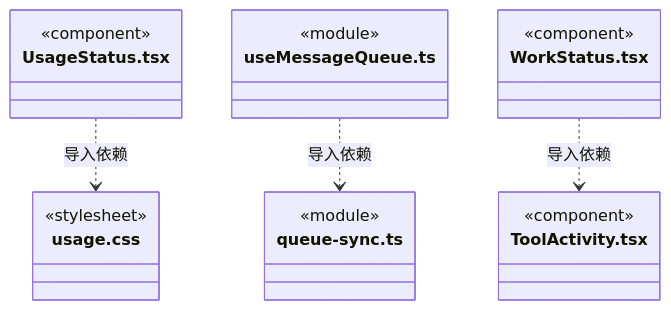
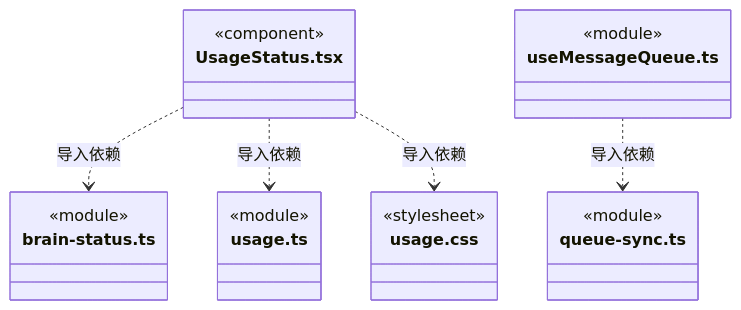
Before and after one commit to nan023062/cbim: diagram 51 of 54 in src/frontend/conversation/ARCHITECTURE.md, drawn with Mermaid. The commit also changed other lines of this file and 23 other files, not shown here.

````diff
--- a/src/frontend/conversation/ARCHITECTURE.md
+++ b/src/frontend/conversation/ARCHITECTURE.md
@@ -761,24 +808,25 @@
 ```mermaid
 classDiagram
 class N_src_frontend_conversation_UsageStatus_tsx["UsageStatus.tsx"] {
   <<component>>
+}
+class N_src_frontend_conversation_brain_status_ts["brain-status.ts"] {
+  <<module>>
+}
+class N_src_frontend_conversation_usage_ts["usage.ts"] {
+  <<module>>
 }
 class N_src_frontend_conversation_usage_css["usage.css"] {
   <<stylesheet>>
 }
 class N_src_frontend_conversation_useMessageQueue_ts["useMessageQueue.ts"] {
   <<module>>
 }
 class N_src_frontend_conversation_queue_sync_ts["queue-sync.ts"] {
   <<module>>
 }
-class N_src_frontend_conversation_WorkStatus_tsx["WorkStatus.tsx"] {
-  <<component>>
-}
-class N_src_frontend_conversation_ToolActivity_tsx["ToolActivity.tsx"] {
-  <<component>>
-}
+N_src_frontend_conversation_UsageStatus_tsx ..> N_src_frontend_conversation_brain_status_ts : 导入依赖
+N_src_frontend_conversation_UsageStatus_tsx ..> N_src_frontend_conversation_usage_ts : 导入依赖
 N_src_frontend_conversation_UsageStatus_tsx ..> N_src_frontend_conversation_usage_css : 导入依赖
 N_src_frontend_conversation_useMessageQueue_ts ..> N_src_frontend_conversation_queue_sync_ts : 导入依赖
-N_src_frontend_conversation_WorkStatus_tsx ..> N_src_frontend_conversation_ToolActivity_tsx : 导入依赖
 ```
````
